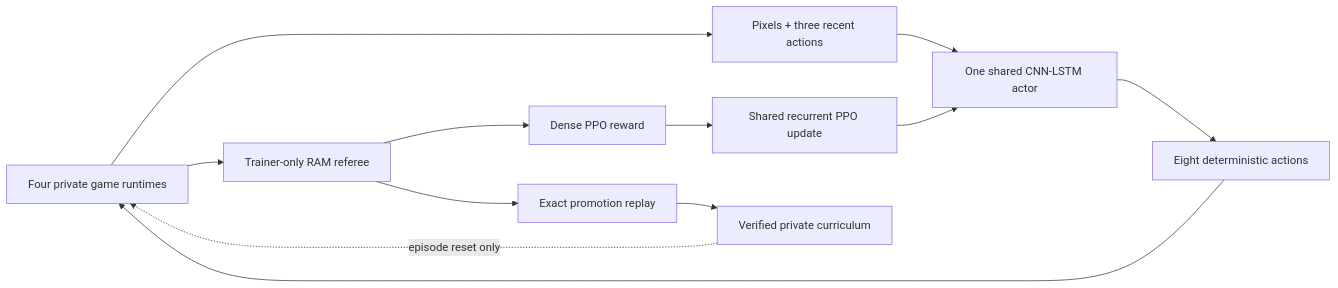
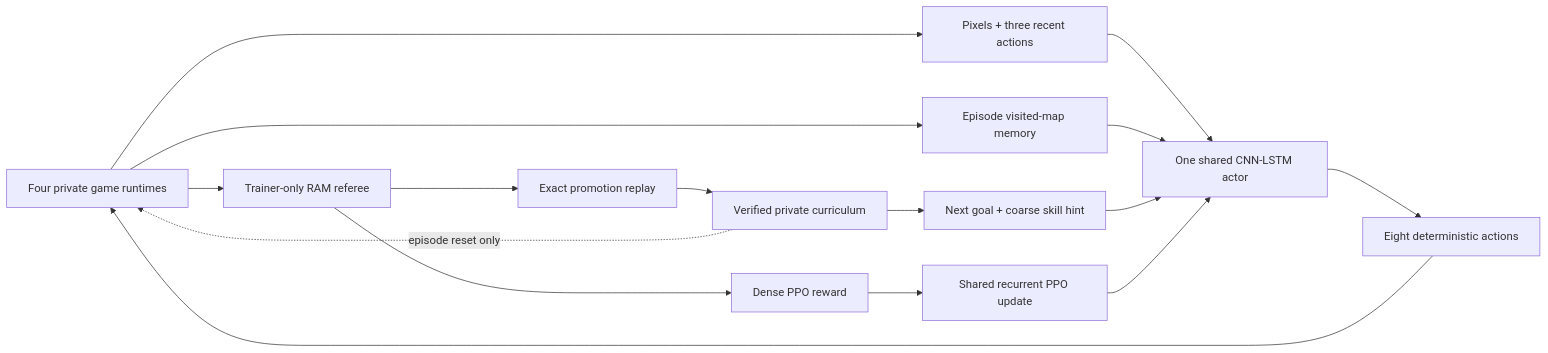
One commit to PeteAndrews1289/pokemon-red-ai changed the first of 6 diagrams in docs/architecture.md. Above: the diagram before and after it, drawn with Mermaid. The commit also changed other lines of this file and 18 other files, not shown here.

````diff
--- a/docs/architecture.md
+++ b/docs/architecture.md
@@ -9,14 +11,18 @@
 ```mermaid
 flowchart LR
     Games["Four private game runtimes"] --> Pixels["Pixels + three recent actions"]
+    Games --> Memory["Episode visited-map memory"]
+    Curriculum --> Lesson["Next goal + coarse skill hint"]
     Pixels --> Policy["One shared CNN-LSTM actor"]
+    Memory --> Policy
+    Lesson --> Policy
     Policy --> Buttons["Eight deterministic actions"]
     Buttons --> Games
     Games --> Referee["Trainer-only RAM referee"]
     Referee --> Reward["Dense PPO reward"]
     Reward --> Update["Shared recurrent PPO update"]
     Update --> Policy
     Referee --> Replay["Exact promotion replay"]
     Replay --> Curriculum["Verified private curriculum"]
     Curriculum -. "episode reset only" .-> Games
 ```
````
